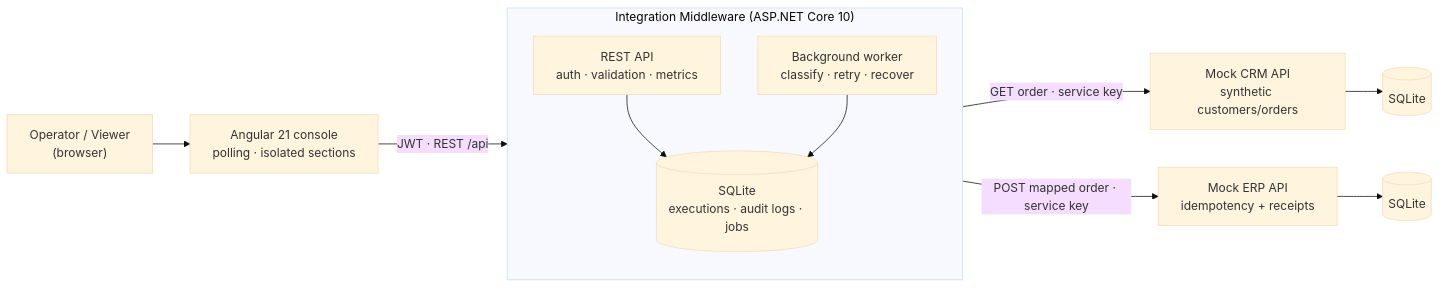
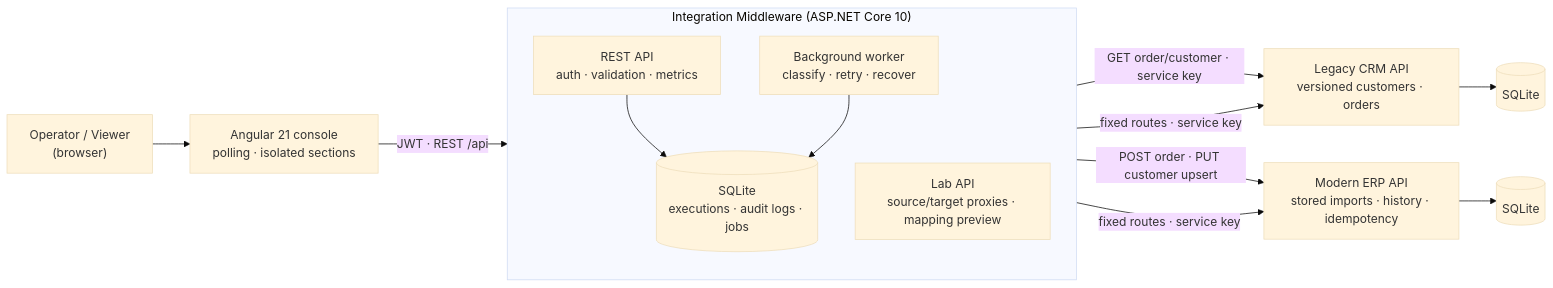
One commit to oscaraducal/enterprise-integration-hub changed the diagram in README.md. Above: the diagram before and after it, drawn with Mermaid (base theme). The commit also changed other lines of this file and 22 other files, not shown here.

First line of the commit message:
docs: scenario catalog SCN-001..005, lab README, API/architecture updates, screenshots

````diff
--- a/README.md
+++ b/README.md
@@ -44,14 +90,17 @@
 ```mermaid
 flowchart LR
     User["Operator / Viewer<br/>(browser)"] --> UI["Angular 21 console<br/>polling · isolated sections"]
     UI -->|"JWT · REST /api"| Hub
     subgraph Hub["Integration Middleware (ASP.NET Core 10)"]
       direction TB
       API["REST API<br/>auth · validation · metrics"] --> Q[("SQLite<br/>executions · audit logs · jobs")]
+      LAB["Lab API<br/>source/target proxies · mapping preview"]
       W["Background worker<br/>classify · retry · recover"] --> Q
     end
-    W -->|"GET order · service key"| CRM["Mock CRM API<br/>synthetic customers/orders"]
-    W -->|"POST mapped order · service key"| ERP["Mock ERP API<br/>idempotency + receipts"]
+    W -->|"GET order/customer · service key"| CRM["Legacy CRM API<br/>versioned customers · orders"]
+    W -->|"POST order · PUT customer upsert"| ERP["Modern ERP API<br/>stored imports · history · idempotency"]
+    LAB -->|"fixed routes · service key"| CRM
+    LAB -->|"fixed routes · service key"| ERP
     CRM --> CrmDb[("SQLite")]
     ERP --> ErpDb[("SQLite")]
 ```
````
